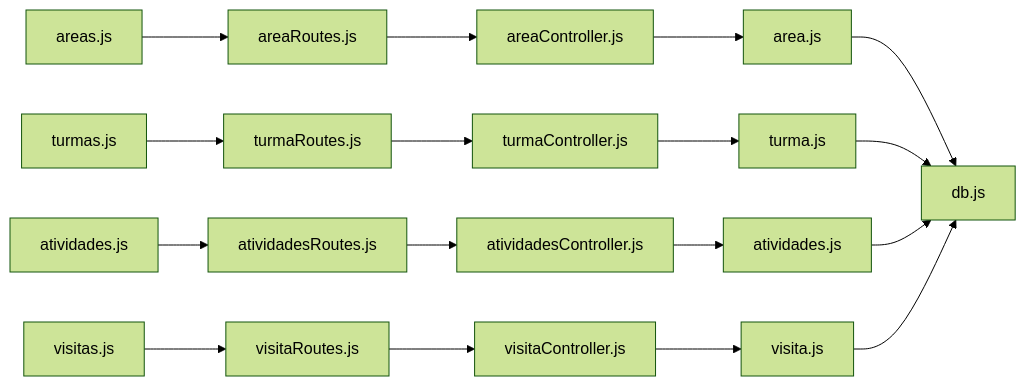
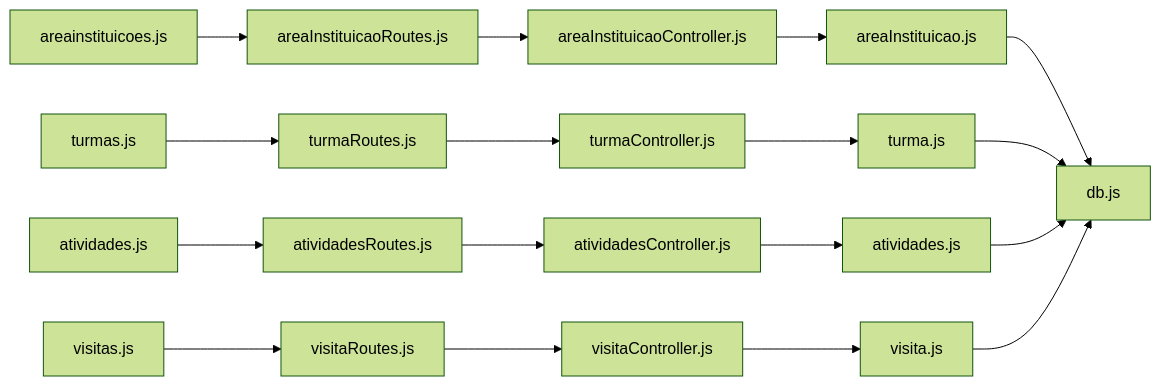
Before and after one commit to luiseduacosta/nodemural: the eighth of 8 diagrams in .qoder/repowiki/en/content/Data Models & Database Design/Institutional Management Models.md, drawn with Mermaid (forest theme). The commit also changed other lines of this file and 27 other files, not shown here.

````diff
--- a/.qoder/repowiki/en/content/Data Models & Database Design/Institutional Management Models.md
+++ b/.qoder/repowiki/en/content/Data Models & Database Design/Institutional Management Models.md
@@ -467,19 +467,19 @@
 ```mermaid
 graph LR
-UI_A["areas.js"] --> R_A["areaRoutes.js"]
+UI_A["areainstituicoes.js"] --> R_A["areaInstituicaoRoutes.js"]
 UI_T["turmas.js"] --> R_T["turmaRoutes.js"]
 UI_AT["atividades.js"] --> R_AT["atividadesRoutes.js"]
 UI_V["visitas.js"] --> R_V["visitaRoutes.js"]
-R_A --> C_A["areaController.js"]
+R_A --> C_A["areaInstituicaoController.js"]
 R_T --> C_T["turmaController.js"]
 R_AT --> C_AT["atividadesController.js"]
 R_V --> C_V["visitaController.js"]
-C_A --> M_A["area.js"]
+C_A --> M_A["areaInstituicao.js"]
 C_T --> M_T["turma.js"]
 C_AT --> M_AT["atividades.js"]
 C_V --> M_V["visita.js"]
 M_A --> P["db.js"]
 M_T --> P
 M_AT --> P
 M_V --> P
 ```
````
